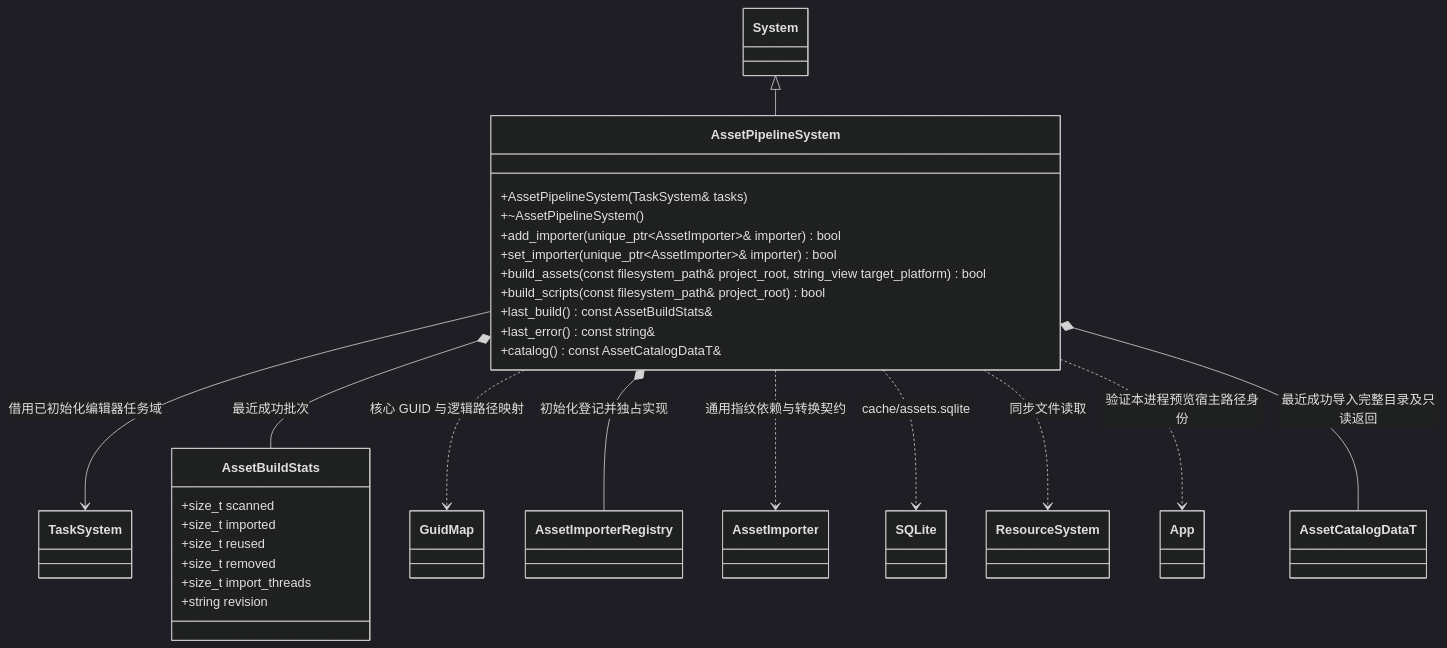
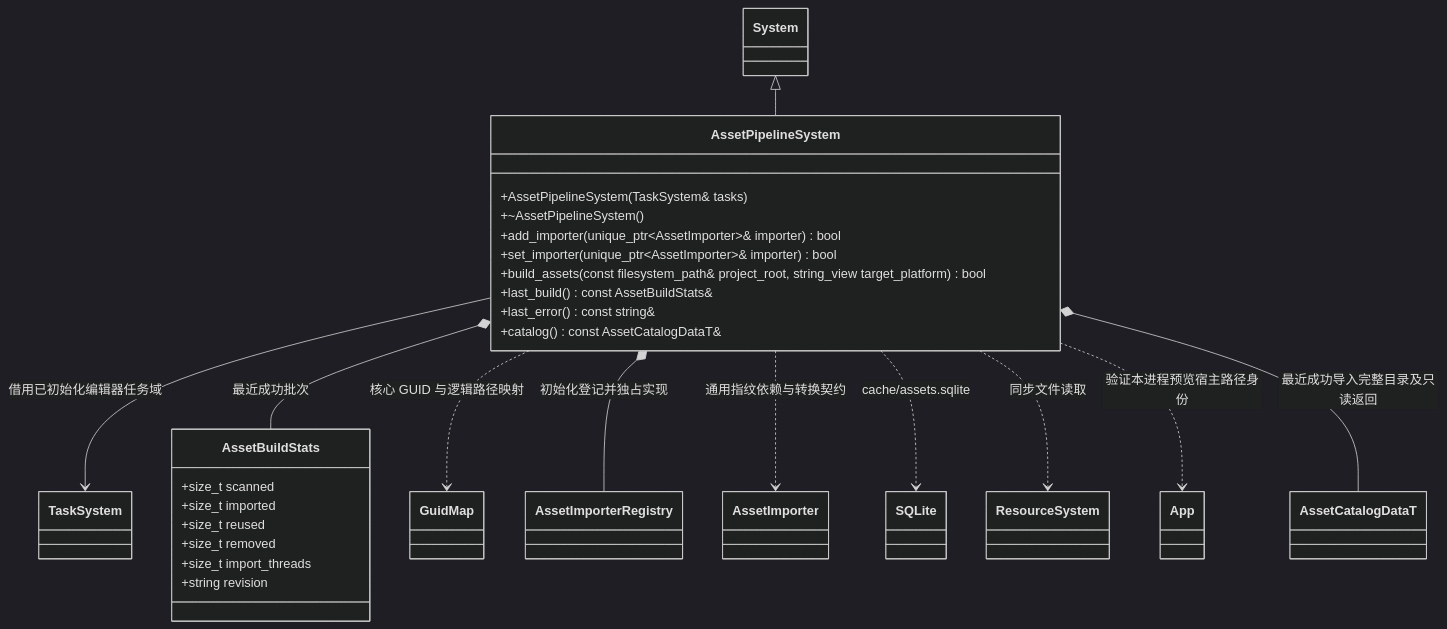
One commit to lcals/Engine changed the diagram in docs/editor/class-diagrams/asset-pipeline-system.md. Above: the diagram before and after it, drawn with Mermaid (dark theme). The commit also changed other lines of this file and 195 other files, not shown here.

````diff
--- a/docs/editor/class-diagrams/asset-pipeline-system.md
+++ b/docs/editor/class-diagrams/asset-pipeline-system.md
@@ -7,41 +7,40 @@
 ```mermaid
 classDiagram
     class System
     class AssetPipelineSystem {
         +AssetPipelineSystem(TaskSystem& tasks)
         +~AssetPipelineSystem()
         +add_importer(unique_ptr~AssetImporter~& importer) bool
         +set_importer(unique_ptr~AssetImporter~& importer) bool
         +build_assets(const filesystem_path& project_root, string_view target_platform) bool
-        +build_scripts(const filesystem_path& project_root) bool
         +last_build() const AssetBuildStats&
         +last_error() const string&
         +catalog() const AssetCatalogDataT&
     }
     class AssetBuildStats {
         +size_t scanned
         +size_t imported
         +size_t reused
         +size_t removed
         +size_t import_threads
         +string revision
     }
     class TaskSystem
     class GuidMap
     class AssetImporterRegistry
     class AssetImporter
     class SQLite
     class ResourceSystem
     class App
     class AssetCatalogDataT
     System <|-- AssetPipelineSystem
     AssetPipelineSystem --> TaskSystem : 借用已初始化编辑器任务域
     AssetPipelineSystem *-- AssetBuildStats : 最近成功批次
     AssetPipelineSystem ..> GuidMap : 核心 GUID 与逻辑路径映射
     AssetPipelineSystem *-- AssetImporterRegistry : 初始化登记并独占实现
     AssetPipelineSystem ..> AssetImporter : 通用指纹依赖与转换契约
     AssetPipelineSystem ..> SQLite : cache/assets.sqlite
     AssetPipelineSystem ..> ResourceSystem : 同步文件读取
     AssetPipelineSystem ..> App : 验证本进程预览宿主路径身份
     AssetPipelineSystem *-- AssetCatalogDataT : 最近成功导入完整目录及只读返回
 ```
````
